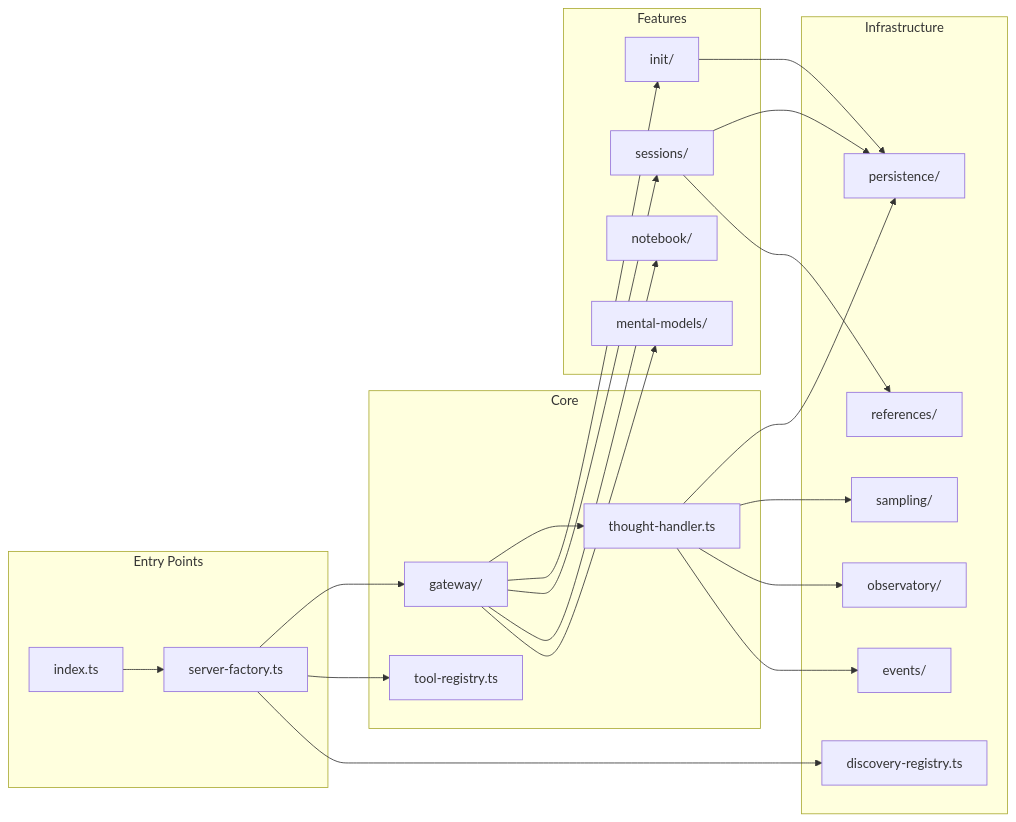
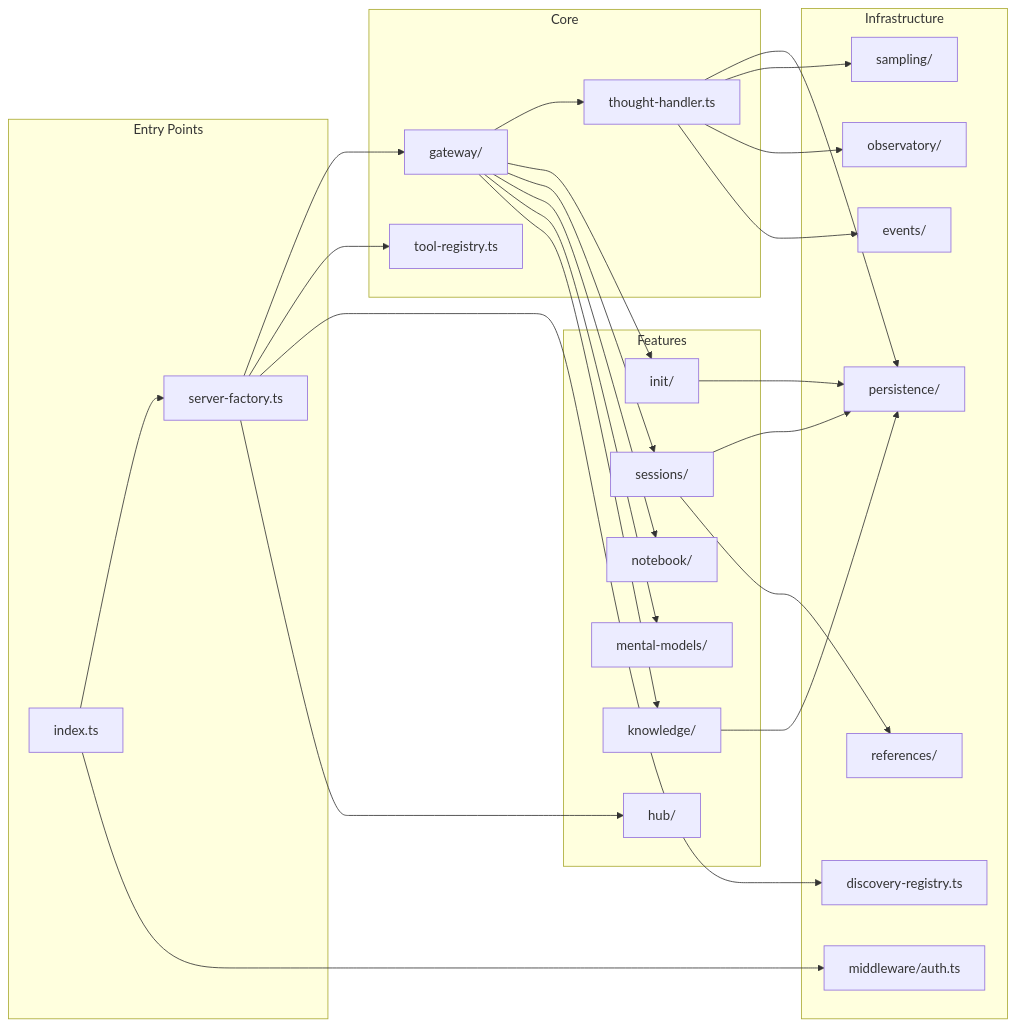
Before and after one commit to Kastalien-Research/thoughtbox: the third of 10 diagrams in docs/docs-for-llms/ARCHITECTURE.md, drawn with Mermaid. The commit also changed other lines of this file and 11 other files, not shown here.

````diff
--- a/docs/docs-for-llms/ARCHITECTURE.md
+++ b/docs/docs-for-llms/ARCHITECTURE.md
@@ -131,46 +148,53 @@
 ```mermaid
 graph LR
     subgraph "Entry Points"
         index[index.ts]
         factory[server-factory.ts]
     end
 
     subgraph "Core"
         gateway[gateway/]
         thought[thought-handler.ts]
         registry[tool-registry.ts]
     end
 
     subgraph "Features"
         init[init/]
         sessions[sessions/]
         notebook[notebook/]
         mental[mental-models/]
+        knowledge[knowledge/]
+        hub[hub/]
     end
 
     subgraph "Infrastructure"
         persistence[persistence/]
+        auth[middleware/auth.ts]
         sampling[sampling/]
         observatory[observatory/]
         discovery[discovery-registry.ts]
         events[events/]
         references[references/]
     end
 
     index --> factory
+    index --> auth
     factory --> gateway
     factory --> registry
     factory --> discovery
+    factory --> hub
     gateway --> thought
     gateway --> init
     gateway --> sessions
     gateway --> notebook
     gateway --> mental
+    gateway --> knowledge
     thought --> persistence
     thought --> sampling
     thought --> observatory
     thought --> events
     init --> persistence
     sessions --> persistence
     sessions --> references
+    knowledge --> persistence
 ```
````
